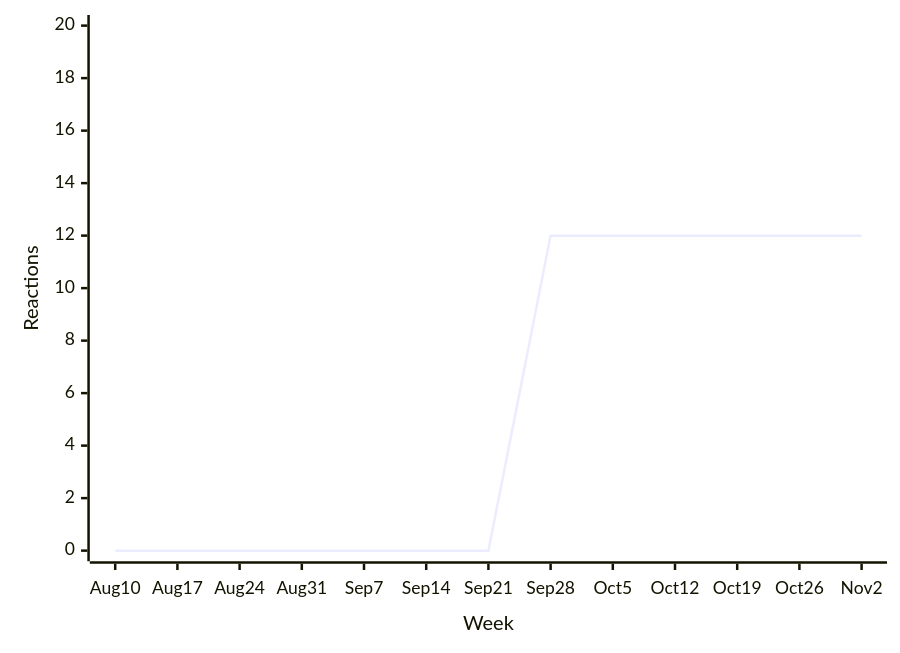
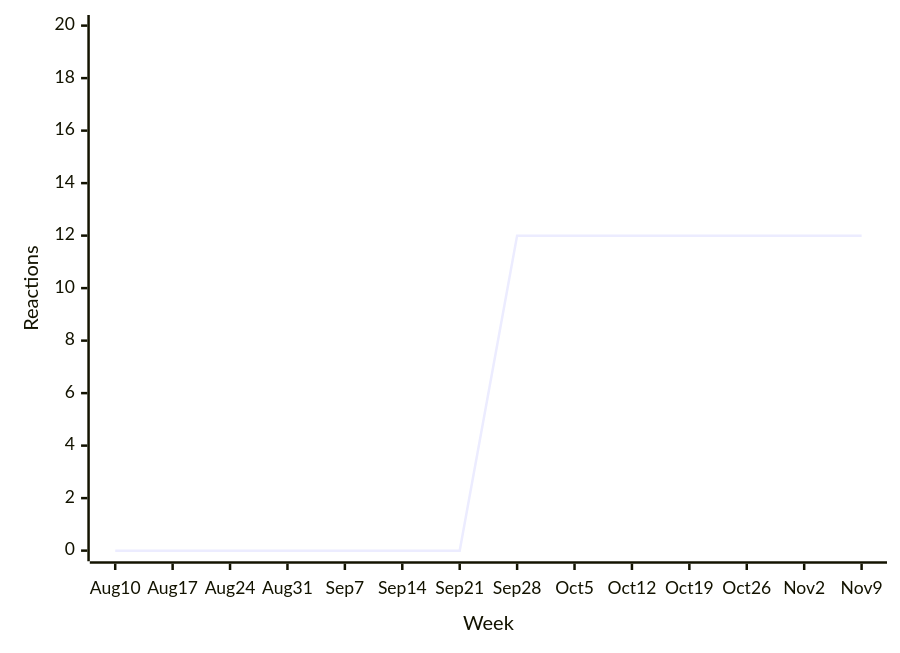
Diagram 14 of 38 in README.md (loic-sharma/github-insights), drawn with Mermaid before and after one commit. The commit also changed other lines of this file and 3 other files, not shown here.

````diff
--- a/README.md
+++ b/README.md
@@ -579,6 +545,6 @@
   ```mermaid
   xychart-beta
-    x-axis "Week" [Aug 10, Aug 17, Aug 24, Aug 31, Sep 7, Sep 14, Sep 21, Sep 28, Oct 5, Oct 12, Oct 19, Oct 26, Nov 2]
+    x-axis "Week" [Aug 10, Aug 17, Aug 24, Aug 31, Sep 7, Sep 14, Sep 21, Sep 28, Oct 5, Oct 12, Oct 19, Oct 26, Nov 2, Nov 9]
     y-axis "Reactions" 0 --> 20
-    line [0, 0, 0, 0, 0, 0, 0, 12, 12, 12, 12, 12, 12]
+    line [0, 0, 0, 0, 0, 0, 0, 12, 12, 12, 12, 12, 12, 12]
   ```
````
